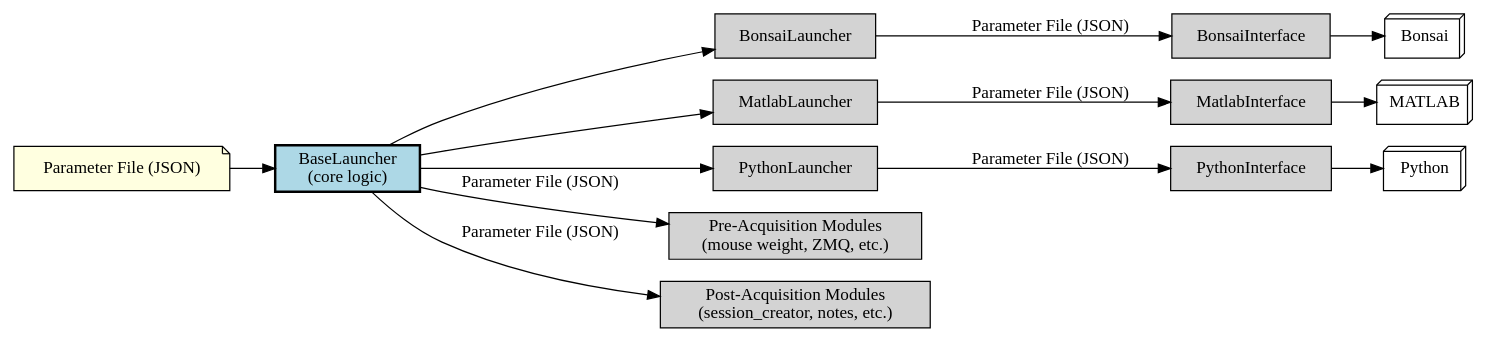
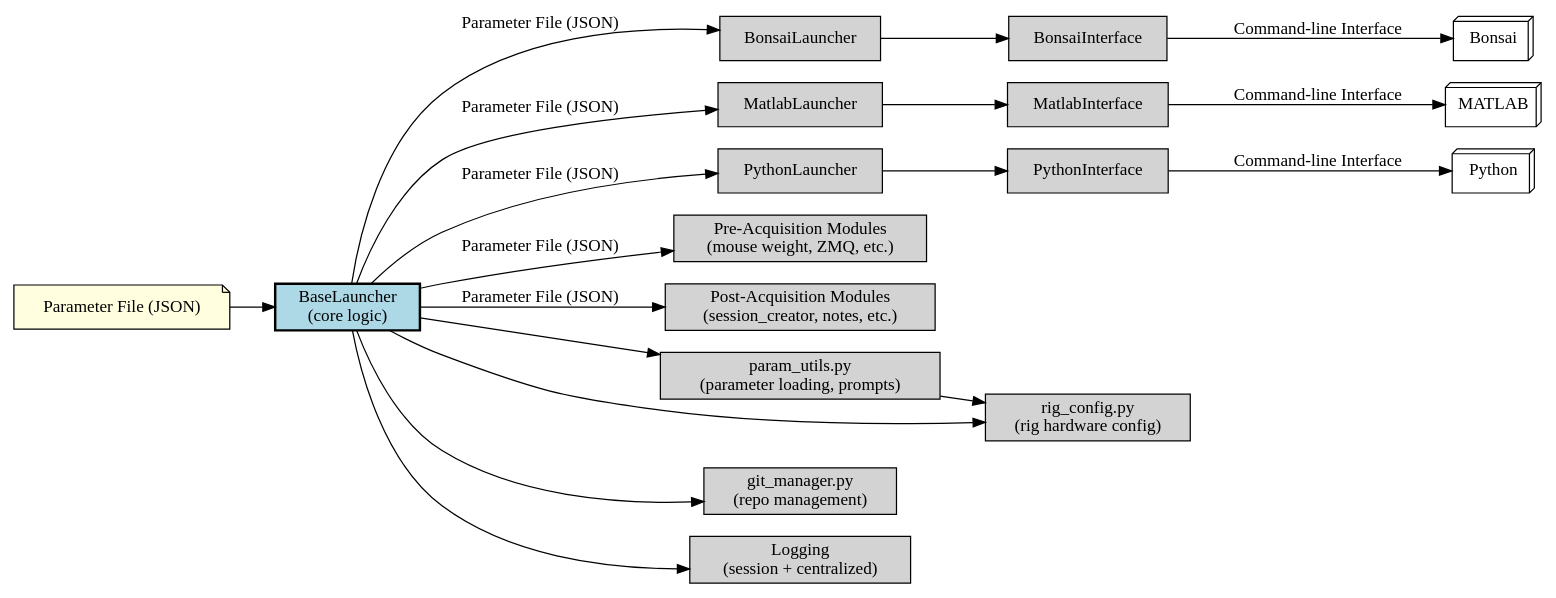
Before and after one commit to AllenNeuralDynamics/openscope-experimental-launcher: the second of 2 diagrams in docs/source/architecture.rst, drawn with Graphviz.

Commit message:
Update system architecture diagram: add core utilities, remove detailed code structure section

```diff
--- a/docs/source/architecture.rst
+++ b/docs/source/architecture.rst
@@ -40,41 +40,54 @@
 .. graphviz::
 
    digraph launcher_architecture {
        rankdir=LR;
        node [shape=box, style=filled, fillcolor=lightgray];
 
        # Parameter flow
        ParamFile [label="Parameter File (JSON)", shape=note, fillcolor=lightyellow];
        BaseLauncher [label="BaseLauncher\n(core logic)", fillcolor=lightblue, style="filled,bold"];
        BonsaiLauncher [label="BonsaiLauncher"];
        MatlabLauncher [label="MatlabLauncher"];
        PythonLauncher [label="PythonLauncher"];
        PreModules [label="Pre-Acquisition Modules\n(mouse weight, ZMQ, etc.)"];
        PostModules [label="Post-Acquisition Modules\n(session_creator, notes, etc.)"];
 
        # Interfaces and software
        BonsaiInterface [label="BonsaiInterface"];
        MatlabInterface [label="MatlabInterface"];
        PythonInterface [label="PythonInterface"];
        Bonsai [label="Bonsai", shape=box3d, fillcolor=white];
        Matlab [label="MATLAB", shape=box3d, fillcolor=white];
        Python [label="Python", shape=box3d, fillcolor=white];
 
+       # Core utilities
+       ParamUtils [label="param_utils.py\n(parameter loading, prompts)"];
+       RigConfig [label="rig_config.py\n(rig hardware config)"];
+       GitManager [label="git_manager.py\n(repo management)"];
+       Logging [label="Logging\n(session + centralized)"];
+
        # Parameter flow
        ParamFile -> BaseLauncher;
-       BaseLauncher -> BonsaiLauncher;
-       BaseLauncher -> MatlabLauncher;
-       BaseLauncher -> PythonLauncher;
+       BaseLauncher -> BonsaiLauncher [label="Parameter File (JSON)"];
+       BaseLauncher -> MatlabLauncher [label="Parameter File (JSON)"];
+       BaseLauncher -> PythonLauncher [label="Parameter File (JSON)"];
        BaseLauncher -> PreModules [label="Parameter File (JSON)"];
        BaseLauncher -> PostModules [label="Parameter File (JSON)"];
-       BonsaiLauncher -> BonsaiInterface [label="Parameter File (JSON)"];
-       MatlabLauncher -> MatlabInterface [label="Parameter File (JSON)"];
-       PythonLauncher -> PythonInterface [label="Parameter File (JSON)"];
-       BonsaiInterface -> Bonsai;
-       MatlabInterface -> Matlab;
-       PythonInterface -> Python;
+       BonsaiLauncher -> BonsaiInterface ;
+       MatlabLauncher -> MatlabInterface ;
+       PythonLauncher -> PythonInterface ;
+       BonsaiInterface -> Bonsai [label="Command-line Interface"];
+       MatlabInterface -> Matlab [label="Command-line Interface"];
+       PythonInterface -> Python [label="Command-line Interface"];
+
+       # Core logic relationships
+       BaseLauncher -> ParamUtils;
+       BaseLauncher -> RigConfig;
+       BaseLauncher -> GitManager;
+       BaseLauncher -> Logging;
+       ParamUtils -> RigConfig;
 
        # Pre and post modules do not talk to each other
        PreModules [group=pre];
        PostModules [group=post];
    }
```
